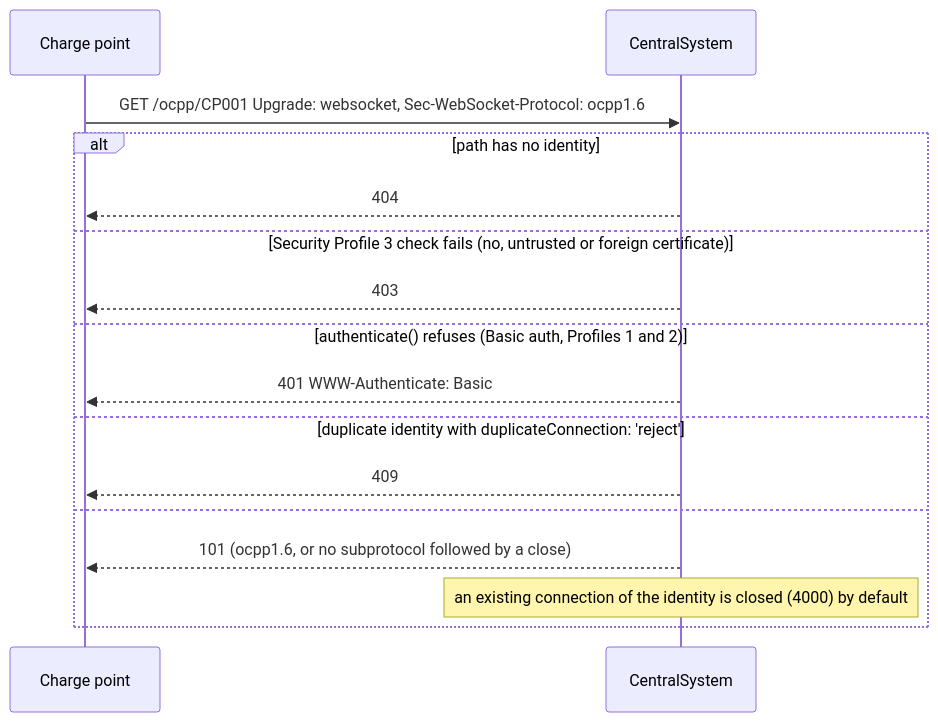
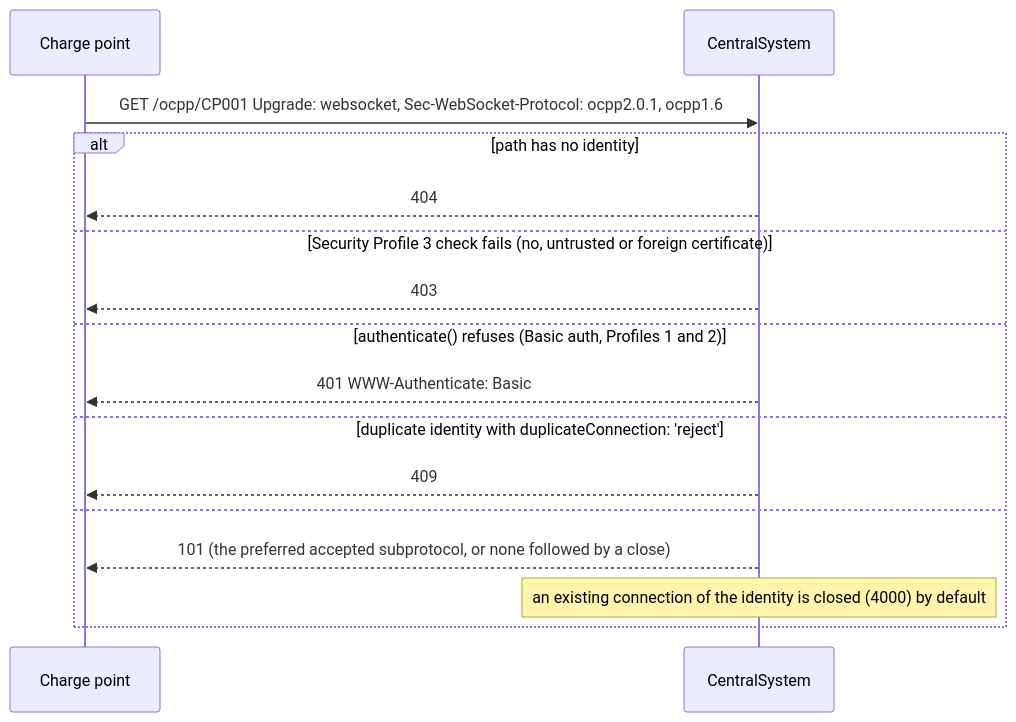
One commit to houssammehdi/ocpp-kit changed the third of 4 diagrams in docs/architecture.md. Above: the diagram before and after it, drawn with Mermaid. The commit also changed other lines of this file, not shown here.

First line of the commit message:
docs(architecture): describe the multi-version design

````diff
--- a/docs/architecture.md
+++ b/docs/architecture.md
@@ -89,18 +114,18 @@
 ```mermaid
 sequenceDiagram
   participant CP as Charge point
   participant CS as CentralSystem
-  CP->>CS: GET /ocpp/CP001 Upgrade: websocket, Sec-WebSocket-Protocol: ocpp1.6
+  CP->>CS: GET /ocpp/CP001 Upgrade: websocket, Sec-WebSocket-Protocol: ocpp2.0.1, ocpp1.6
   alt path has no identity
     CS-->>CP: 404
   else Security Profile 3 check fails (no, untrusted or foreign certificate)
     CS-->>CP: 403
   else authenticate() refuses (Basic auth, Profiles 1 and 2)
     CS-->>CP: 401 WWW-Authenticate: Basic
   else duplicate identity with duplicateConnection: 'reject'
     CS-->>CP: 409
   else
-    CS-->>CP: 101 (ocpp1.6, or no subprotocol followed by a close)
+    CS-->>CP: 101 (the preferred accepted subprotocol, or none followed by a close)
     Note over CS: an existing connection of the identity is closed (4000) by default
   end
 ```
````
